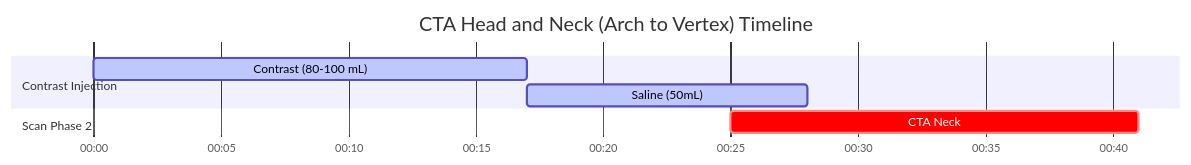
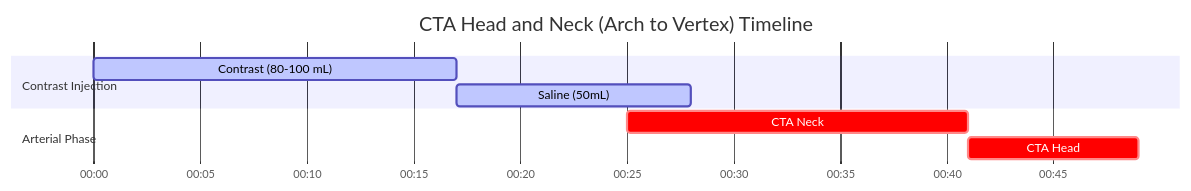
One commit to dfergs93/radiology-protocols changed the diagram in docs/ct/vascular/cta-head-and-neck-arch-to-vertex.md. Above: the diagram before and after it, drawn with Mermaid. The commit also changed other lines of this file and 79 other files, not shown here.

````diff
--- a/docs/ct/vascular/cta-head-and-neck-arch-to-vertex.md
+++ b/docs/ct/vascular/cta-head-and-neck-arch-to-vertex.md
@@ -87,16 +86,18 @@
   ```mermaid
   ---
   config:
     theme: default
   ---
     gantt
       title CTA Head and Neck (Arch to Vertex) Timeline
       dateFormat mm:ss
       axisFormat %M:%S 
       
       section Contrast Injection
       Contrast (80-100 mL)    :active, contrast, 00:00, 17s
       Saline (50mL)          :active, saline, after contrast, 11s
-      section Scan Phase 2
-      CTA Neck    :crit, scan2, 00:25, 16s
+      section Arterial Phase
+      CTA Neck    :crit, scan1, 00:25, 16s
+      section Arterial Phase
+      CTA Head    :crit, scan2, after scan1, 8s
   ```
````
